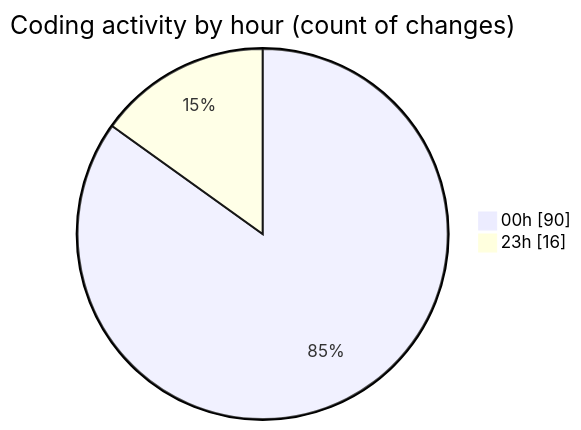
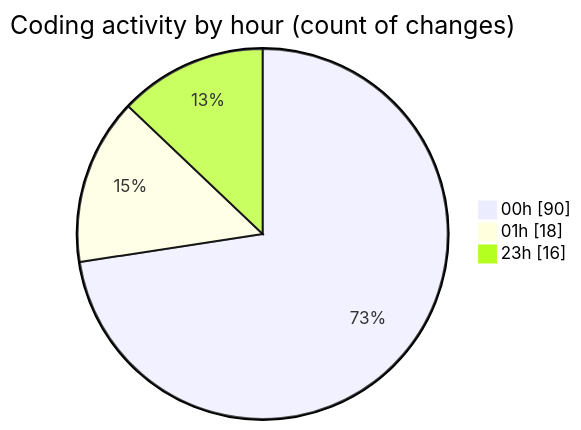
Before and after one commit to Ritupan-Deka/code-tracking: the second of 2 diagrams in 2025-05-26/projects/README.md, drawn with Mermaid. The commit also changed other lines of this file and 1 other file, not shown here.

````diff
--- a/2025-05-26/projects/README.md
+++ b/2025-05-26/projects/README.md
@@ -33,6 +33,7 @@
 ```mermaid
 pie showData
 title Coding activity by hour (count of changes)
 "00h" : 90
+"01h" : 18
 "23h" : 16
 ```
````
